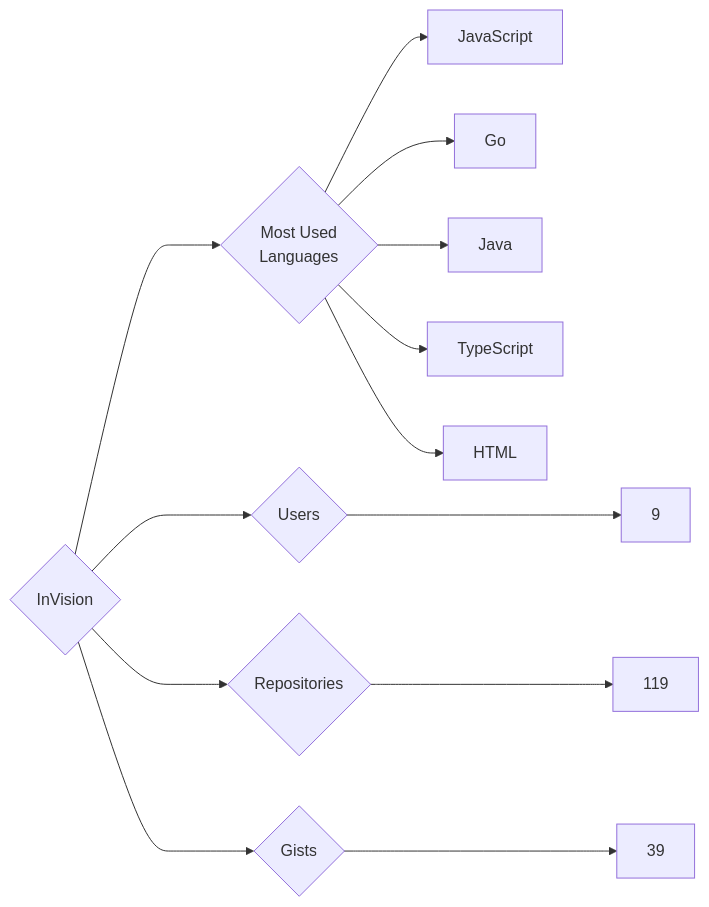
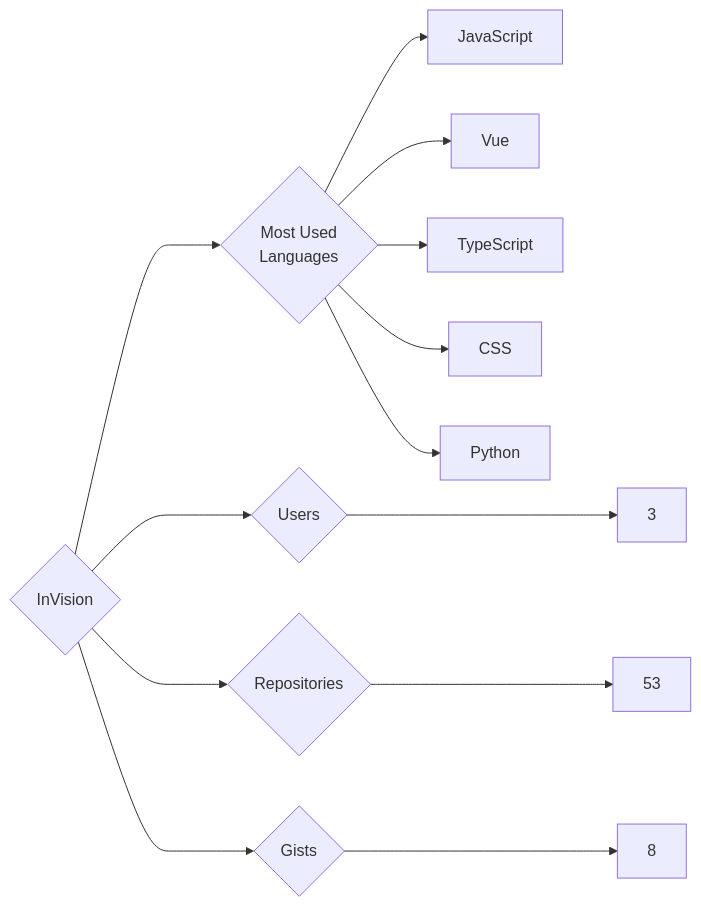
One commit to trickest/insiders changed the diagram in targets/InVision/README.md. Above: the diagram before and after it, drawn with Mermaid. The commit also changed 622 other files, not shown here.

````diff
--- a/targets/InVision/README.md
+++ b/targets/InVision/README.md
@@ -3,13 +3,13 @@
 ```mermaid
 graph LR
 COMPANY_NAME{InVision}
-COMPANY_NAME ---> U{Users} ---> UN[9]
-COMPANY_NAME ---> R{Repositories} ---> RN[119]
-COMPANY_NAME ---> G{Gists} ---> GN[39]
+COMPANY_NAME ---> U{Users} ---> UN[3]
+COMPANY_NAME ---> R{Repositories} ---> RN[53]
+COMPANY_NAME ---> G{Gists} ---> GN[8]
 COMPANY_NAME ---> ML{Most Used<br>Languages}
 ML --> JavaScript[JavaScript]
-ML --> Go[Go]
-ML --> Java[Java]
+ML --> Vue[Vue]
 ML --> TypeScript[TypeScript]
-ML --> HTML[HTML]
+ML --> CSS[CSS]
+ML --> Python[Python]
 ```
````
